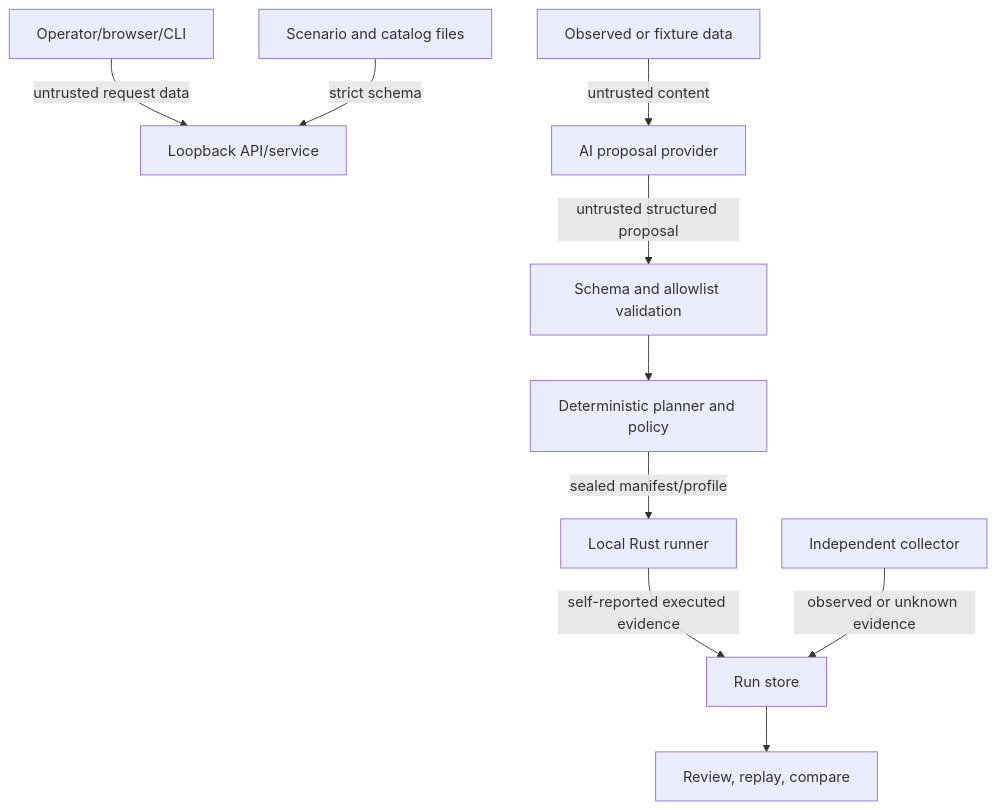
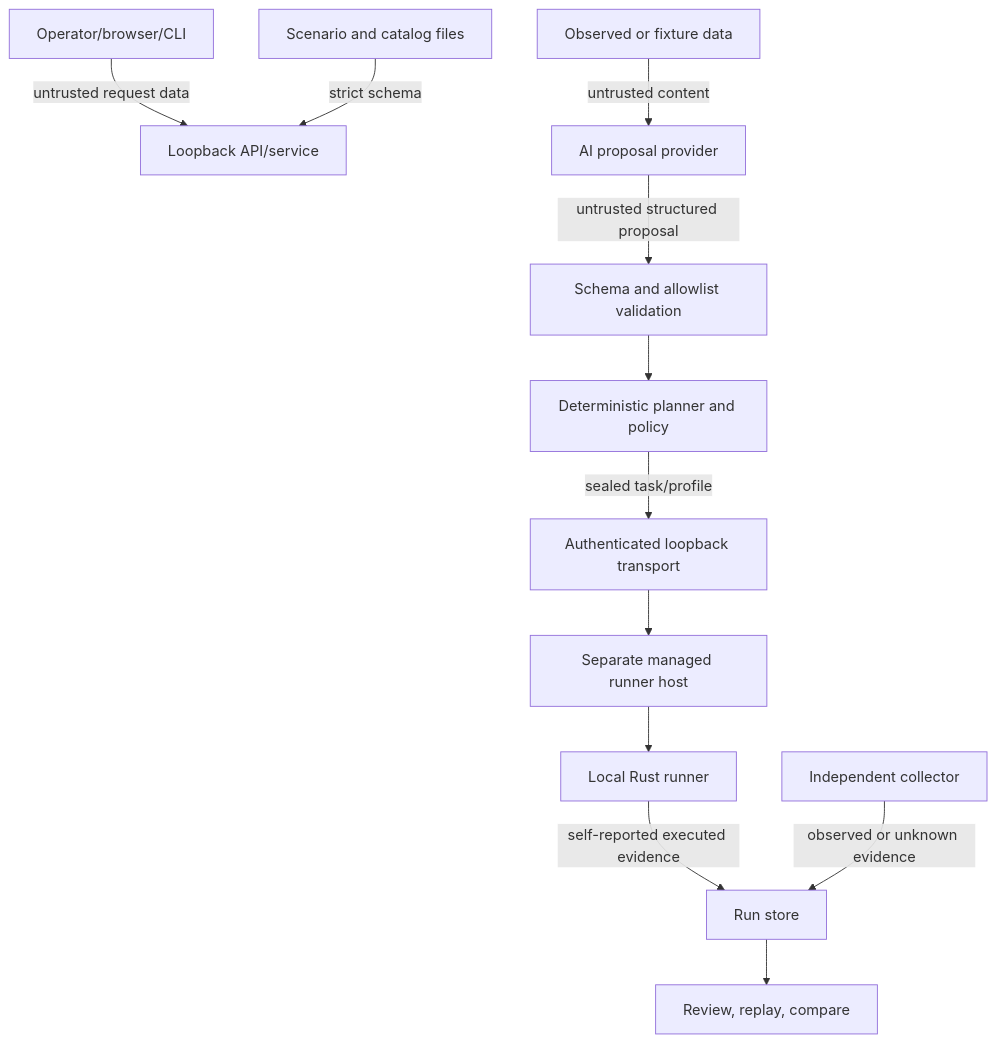
The diagram in docs/THREAT_MODEL.md (Moneer-S/BlueFire-Nexus), drawn with Mermaid before and after one commit. The commit also changed other lines of this file and 41 other files, not shown here.

Commit message:
feat(product): complete authenticated managed execution

````diff
--- a/docs/THREAT_MODEL.md
+++ b/docs/THREAT_MODEL.md
@@ -31,12 +31,14 @@
 ```mermaid
 flowchart TB
     U[Operator/browser/CLI] -->|untrusted request data| API[Loopback API/service]
     SC[Scenario and catalog files] -->|strict schema| API
     OBS[Observed or fixture data] -->|untrusted content| AI[AI proposal provider]
     AI -->|untrusted structured proposal| VAL[Schema and allowlist validation]
     VAL --> PLAN[Deterministic planner and policy]
-    PLAN -->|sealed manifest/profile| RUN[Local Rust runner]
+    PLAN -->|sealed task/profile| TRANSPORT[Authenticated loopback transport]
+    TRANSPORT --> HOST[Separate managed runner host]
+    HOST --> RUN[Local Rust runner]
     RUN -->|self-reported executed evidence| STORE[Run store]
     COL[Independent collector] -->|observed or unknown evidence| STORE
     STORE --> UI[Review, replay, compare]
 ```
````
